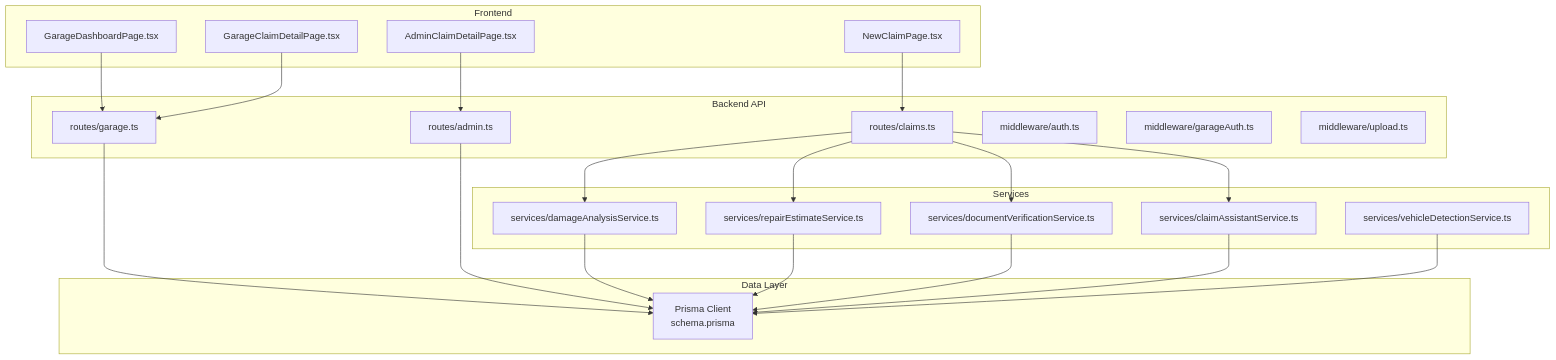
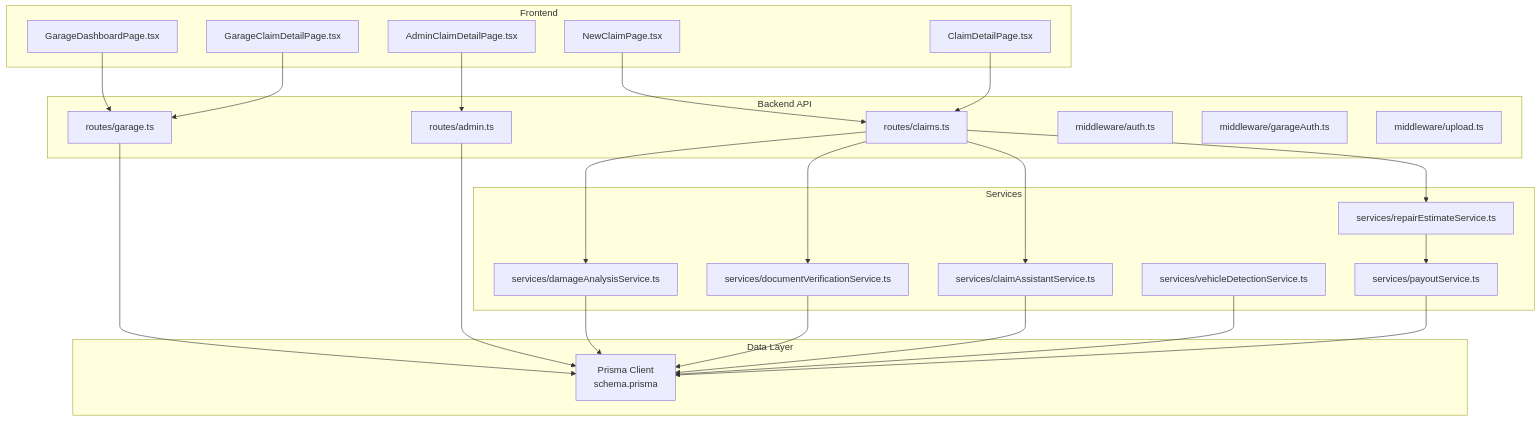
Before and after one commit to NaveenHiranya/Smart-Vehicle-Insurance-Claim-System: the first of 13 diagrams in .qoder/repowiki/en/content/Business Logic Layer/Claims Processing Workflow.md, drawn with Mermaid. The commit also changed other lines of this file and 38 other files, not shown here.

````diff
--- a/.qoder/repowiki/en/content/Business Logic Layer/Claims Processing Workflow.md
+++ b/.qoder/repowiki/en/content/Business Logic Layer/Claims Processing Workflow.md
@@ -49,42 +49,46 @@
 ```mermaid
 graph TB
 subgraph "Frontend"
 NCP["NewClaimPage.tsx"]
 GDP["GarageDashboardPage.tsx"]
 GCDP["GarageClaimDetailPage.tsx"]
 ADP["AdminClaimDetailPage.tsx"]
+CDP["ClaimDetailPage.tsx"]
 end
 subgraph "Backend API"
 R_CLAIMS["routes/claims.ts"]
 R_GARAGE["routes/garage.ts"]
 R_ADMIN["routes/admin.ts"]
 M_AUTH["middleware/auth.ts"]
 M_GARAGE["middleware/garageAuth.ts"]
 M_UPLOAD["middleware/upload.ts"]
 end
 subgraph "Services"
 S_DAM["services/damageAnalysisService.ts"]
 S_EST["services/repairEstimateService.ts"]
 S_DOC["services/documentVerificationService.ts"]
 S_ASS["services/claimAssistantService.ts"]
 S_VEH["services/vehicleDetectionService.ts"]
+S_PAYOUT["services/payoutService.ts"]
 end
 subgraph "Data Layer"
 DB["Prisma Client<br/>schema.prisma"]
 end
 NCP --> R_CLAIMS
 GDP --> R_GARAGE
 GCDP --> R_GARAGE
 ADP --> R_ADMIN
+CDP --> R_CLAIMS
 R_CLAIMS --> S_DAM
 R_CLAIMS --> S_EST
 R_CLAIMS --> S_DOC
 R_CLAIMS --> S_ASS
 R_GARAGE --> DB
 R_ADMIN --> DB
 S_DAM --> DB
-S_EST --> DB
+S_EST --> S_PAYOUT
 S_DOC --> DB
 S_ASS --> DB
 S_VEH --> DB
+S_PAYOUT --> DB
 ```
````
